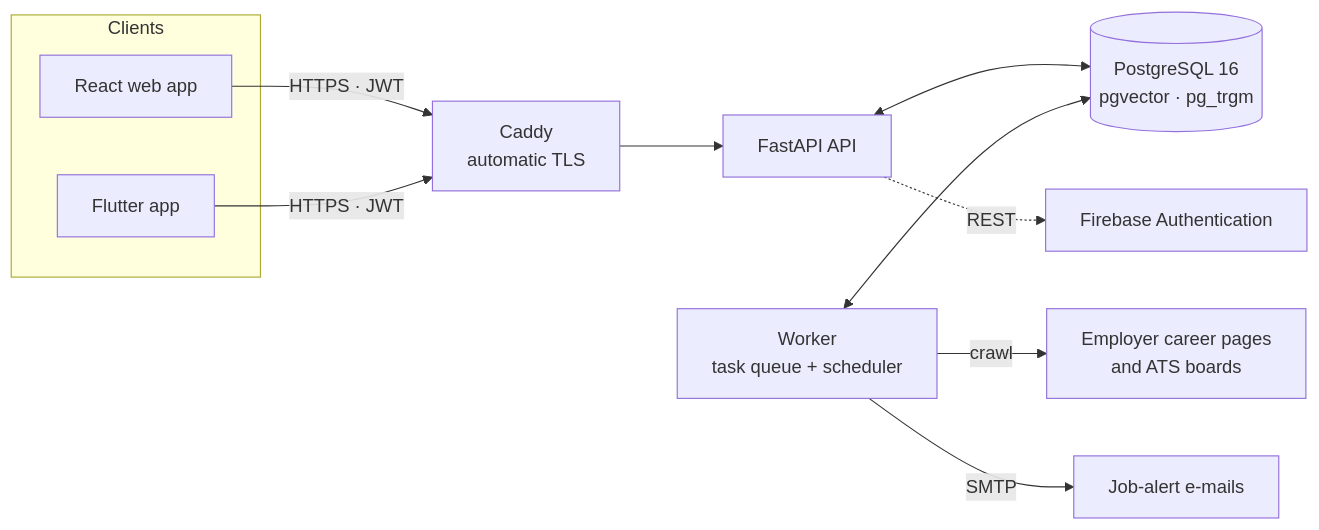
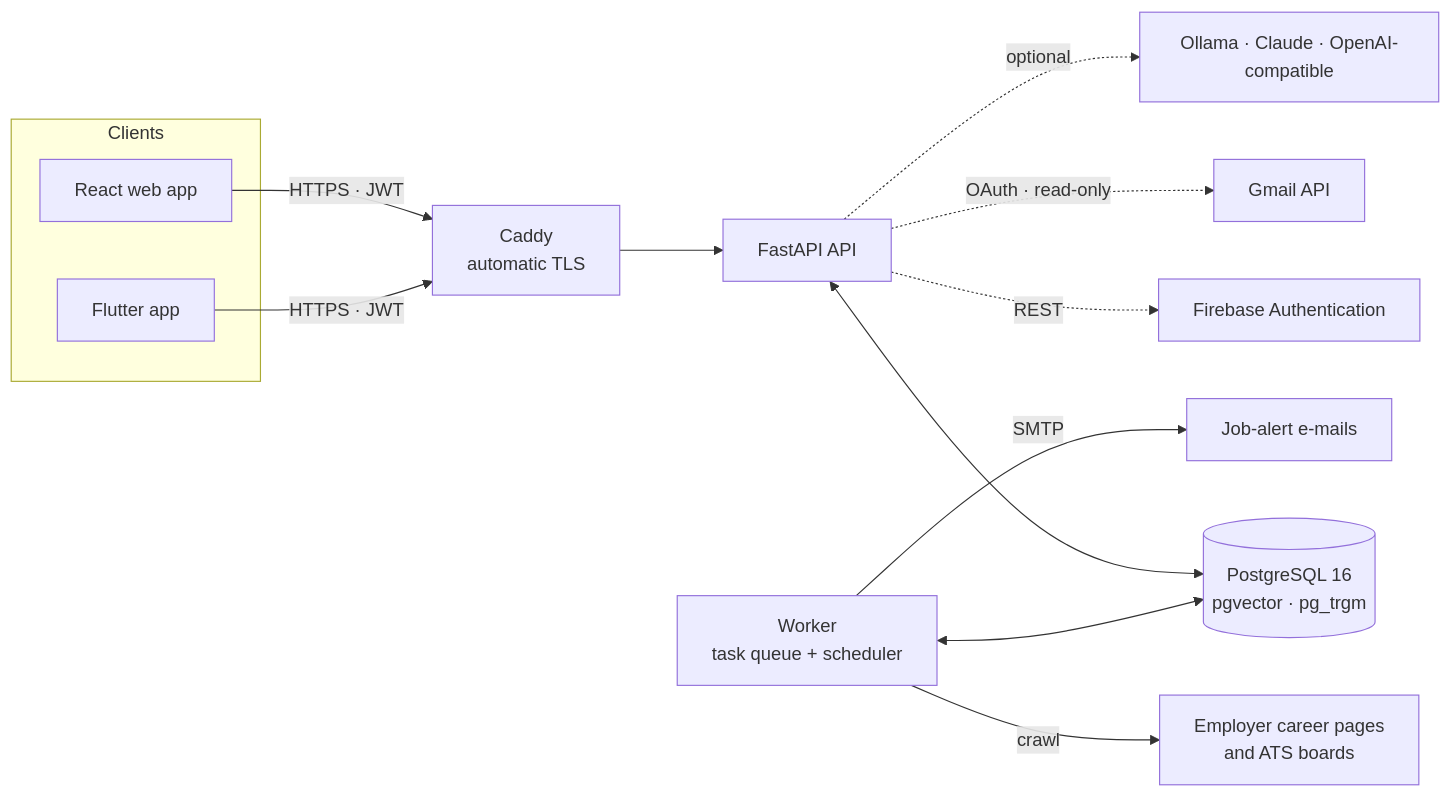
One commit to emelian-chkaira/ai-career-tracker changed the diagram in README.md. Above: the diagram before and after it, drawn with Mermaid. The commit also changed other lines of this file and 78 other files, not shown here.

First line of the commit message:
Gmail OAuth inbox, crawler page, flat redesign, seed data and one-click setup

````diff
--- a/README.md
+++ b/README.md
@@ -80,14 +127,16 @@
 ```mermaid
 flowchart LR
   subgraph Clients
     W[React web app]
     M[Flutter app]
   end
   W & M -->|HTTPS · JWT| C[Caddy<br/>automatic TLS]
   C --> A[FastAPI API]
   A <--> DB[(PostgreSQL 16<br/>pgvector · pg_trgm)]
   A -.->|REST| F[Firebase Authentication]
+  A -.->|OAuth · read-only| G[Gmail API]
+  A -.->|optional| AI[Ollama · Claude · OpenAI-compatible]
   WK[Worker<br/>task queue + scheduler] <--> DB
   WK -->|crawl| E[Employer career pages<br/>and ATS boards]
   WK -->|SMTP| ML[Job-alert e-mails]
 ```
````
